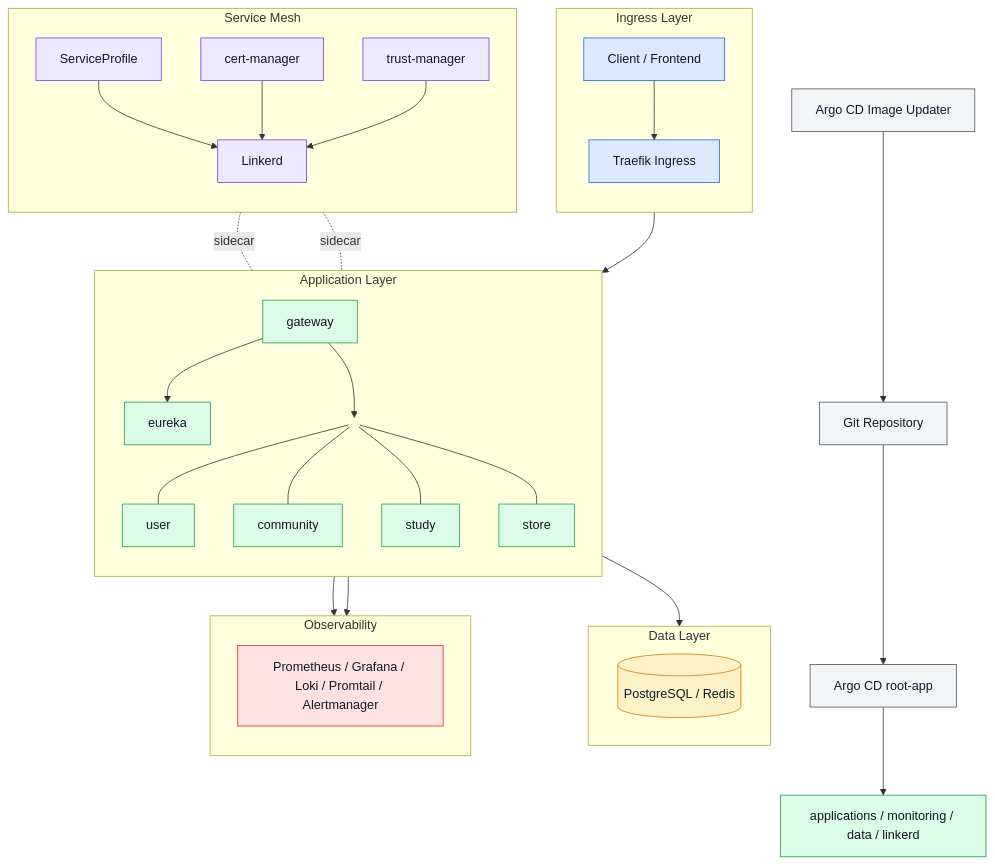
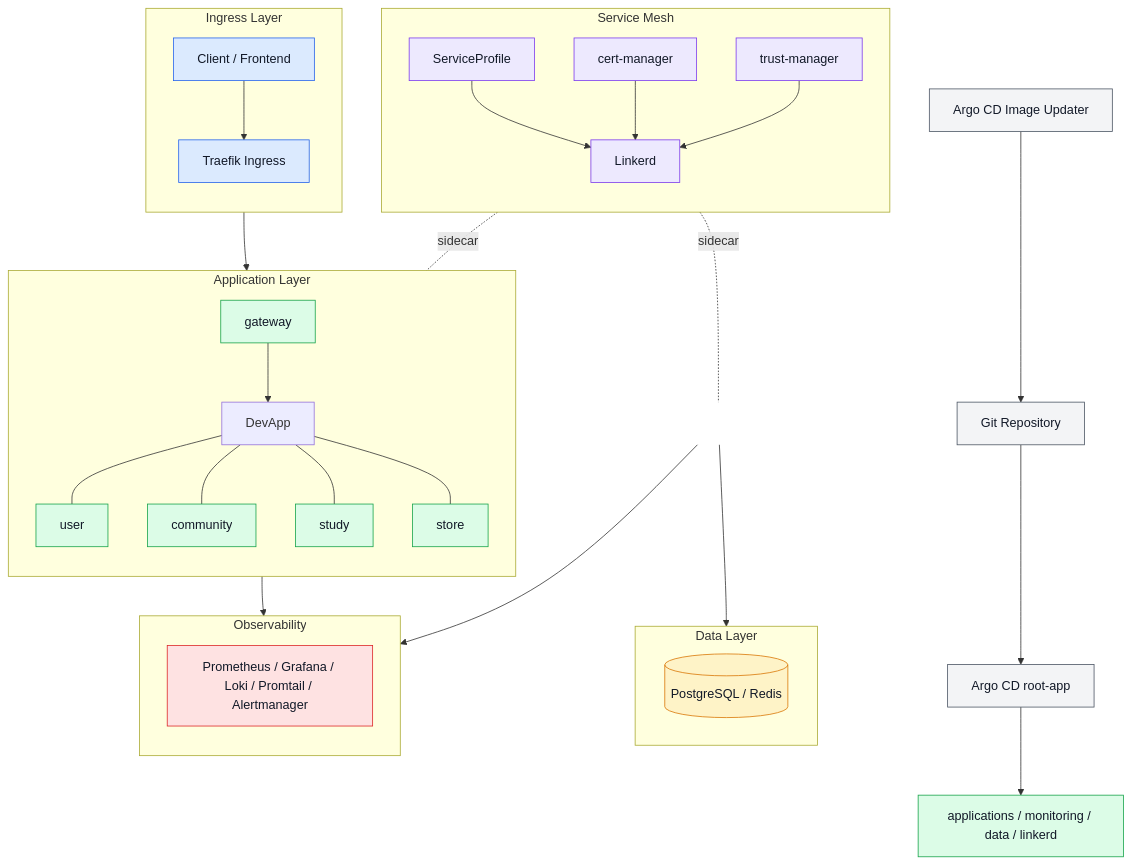
Before and after one commit to checkMateit/checkmate-kubernetes: the diagram in README.md, drawn with Mermaid.

````diff
--- a/README.md
+++ b/README.md
@@ -16,81 +16,81 @@
 ```mermaid
 flowchart TD
     classDef gitops fill:#f3f4f6,stroke:#4b5563,color:#111827,stroke-width:1px;
     classDef ingress fill:#dbeafe,stroke:#2563eb,color:#111827,stroke-width:1px;
     classDef app fill:#dcfce7,stroke:#16a34a,color:#111827,stroke-width:1px;
     classDef data fill:#fef3c7,stroke:#d97706,color:#111827,stroke-width:1px;
     classDef mesh fill:#ede9fe,stroke:#7c3aed,color:#111827,stroke-width:1px;
     classDef obs fill:#fee2e2,stroke:#dc2626,color:#111827,stroke-width:1px;
 
     Repo[Git Repository]
     ImageUpdater[Argo CD Image Updater]
     ArgoCD[Argo CD root-app]
 
     Repo --> ArgoCD
     ImageUpdater --> Repo
 
     subgraph Ingress["Ingress Layer"]
         direction TB
         Client[Client / Frontend]
         Traefik[Traefik Ingress]
         Client --> Traefik
     end
 
     subgraph App["Application Layer"]
         direction TB
         Gateway[gateway]
-        Eureka[eureka]
-        AppHub(( ))
+       
+        DevApp[DevApp]
         User[user]
         Community[community]
         Study[study]
         Store[store]
 
         Traefik --> Gateway
-        Gateway --> Eureka
-        Gateway --> AppHub
-        AppHub --- User
-        AppHub --- Community
-        AppHub --- Study
-        AppHub --- Store
+      
+        Gateway --> DevApp
+        DevApp--- User
+        DevApp --- Community
+        DevApp --- Study
+        DevApp --- Store
     end
 
     subgraph Data["Data Layer"]
         direction LR
         DataStore[(PostgreSQL / Redis)]
     end
 
     AppHub --> DataStore
 
     subgraph Mesh["Service Mesh"]
         direction TB
         Linkerd[Linkerd]
         ServiceProfile[ServiceProfile]
         CertManager[cert-manager]
         TrustManager[trust-manager]
     end
 
     Linkerd -. sidecar .- Gateway
     Linkerd -. sidecar .- AppHub
     ServiceProfile --> Linkerd
     CertManager --> Linkerd
     TrustManager --> Linkerd
 
     subgraph Obs["Observability"]
         direction TB
         Monitoring[Prometheus / Grafana / Loki / Promtail / Alertmanager]
     end
 
     Gateway --> Monitoring
     AppHub --> Monitoring
 
     ArgoCD --> Platform[applications / monitoring / data / linkerd]
 
     class Repo,ImageUpdater,ArgoCD gitops;
     class Client,Traefik ingress;
-    class Gateway,Eureka,User,Community,Study,Store,Platform app;
+    class Gateway,User,Community,Study,Store,Platform app;
     class DataStore data;
     class Linkerd,ServiceProfile,CertManager,TrustManager mesh;
     class Monitoring obs;
     style AppHub fill:transparent,stroke:transparent,color:transparent;
 ```
````
